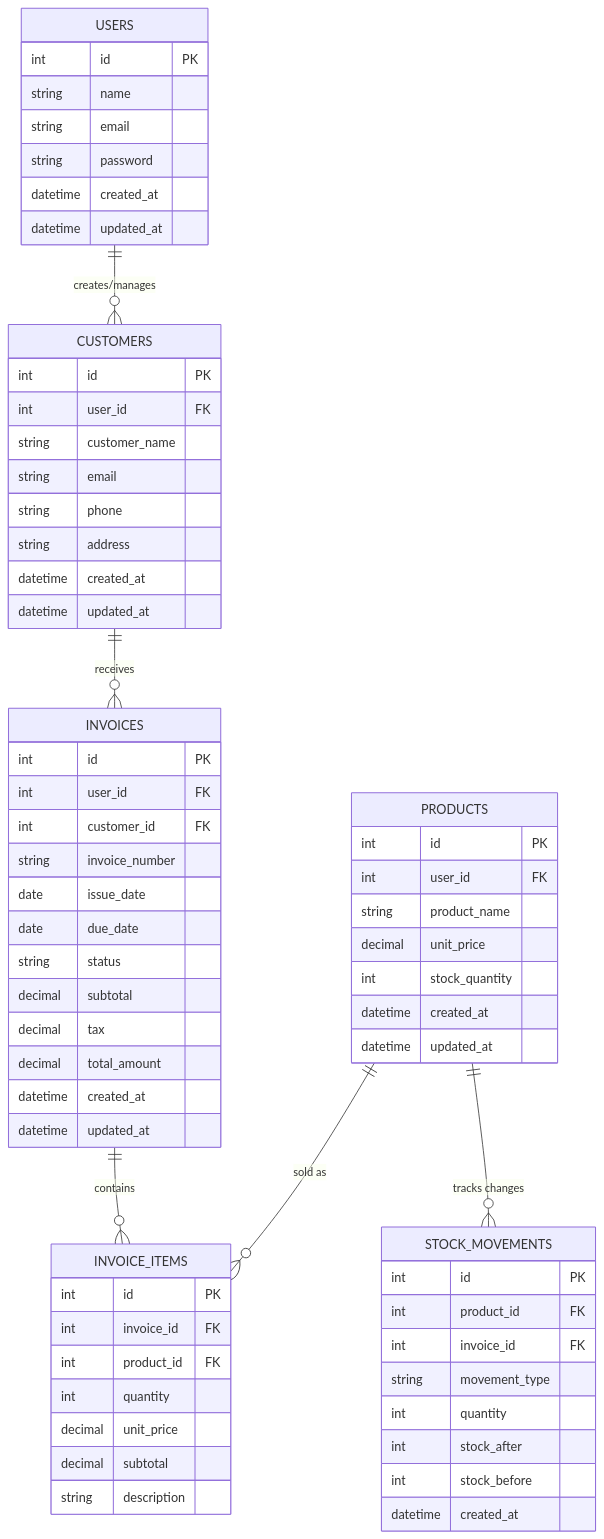
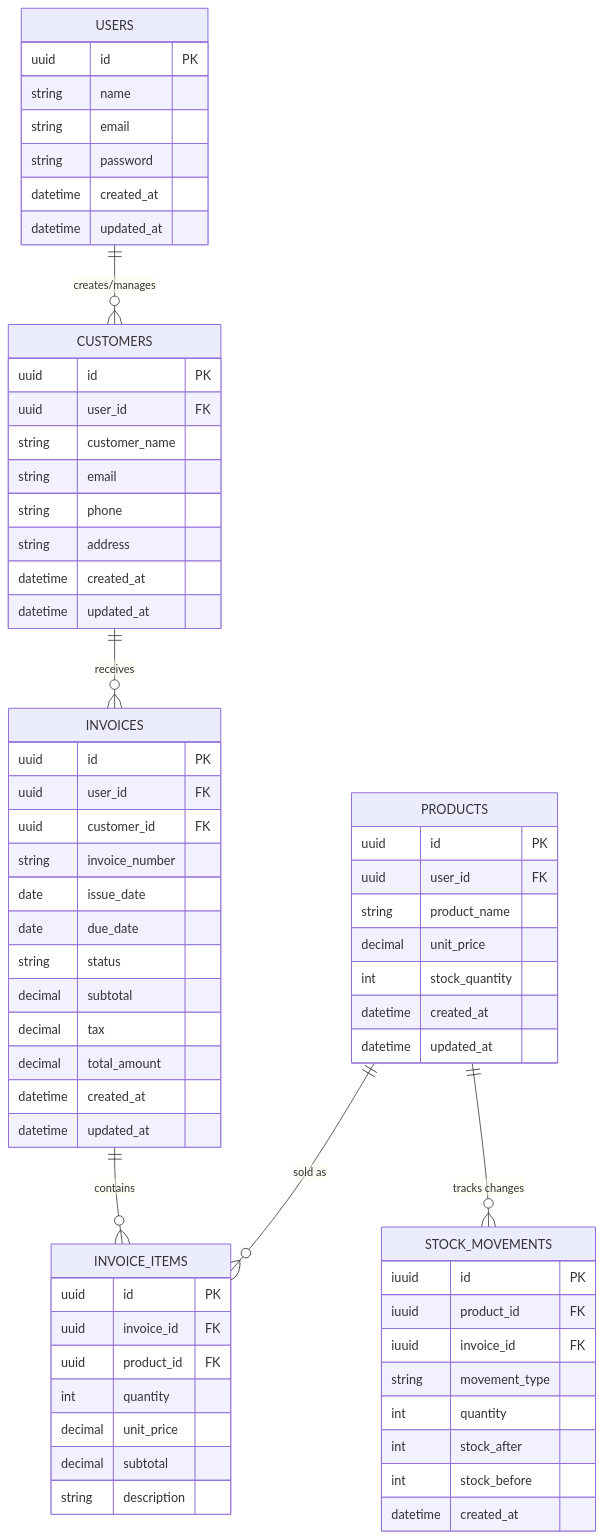
One commit to Elliot-Adinortey/invoicing-rest-api changed the diagram in system-design/3.ERD-DATABASE-DESIGN.MD. Above: the diagram before and after it, drawn with Mermaid.

Commit message:
refactor(database): change primary keys to UUIDs for better scalability
- Updated USERS table primary key from int to uuid
- Modified foreign keys in CUSTOMERS to use uuid instead of int
- Changed PRODUCTS table primary key and foreign keys to uuid
- Updated INVOICES table keys to use uuid for id, user_id, and customer_id
- Modified INVOICE_ITEMS table keys to uuid for id, invoice_id, and product_id
- Changed STOCK_MOVEMENTS table keys to uuid for id, product_id, and invoice_id

````diff
--- a/system-design/3.ERD-DATABASE-DESIGN.MD
+++ b/system-design/3.ERD-DATABASE-DESIGN.MD
@@ -1,74 +1,74 @@
 ```mermaid
 erDiagram
     USERS ||--o{ CUSTOMERS : "creates/manages"
     CUSTOMERS ||--o{ INVOICES : "receives"
     INVOICES ||--o{ INVOICE_ITEMS : "contains"
     PRODUCTS ||--o{ INVOICE_ITEMS : "sold as"
     PRODUCTS ||--o{ STOCK_MOVEMENTS : "tracks changes"
 
     USERS {
-        int id PK
+        uuid id PK
         string name
         string email
         string password
         datetime created_at
         datetime updated_at
     }
 
     CUSTOMERS {
-        int id PK
-        int user_id FK
+        uuid id PK
+        uuid user_id FK
         string customer_name
         string email
         string phone
         string address
         datetime created_at
         datetime updated_at
     }
 
     PRODUCTS {
-        int id PK
-        int user_id FK
+        uuid id PK
+        uuid user_id FK
         string product_name
         decimal unit_price
         int stock_quantity
         datetime created_at
         datetime updated_at
     }
 
     INVOICES {
-        int id PK
-        int user_id FK
-        int customer_id FK
+        uuid id PK
+        uuid user_id FK
+        uuid customer_id FK
         string invoice_number
         date issue_date
         date due_date
         string status
         decimal subtotal
         decimal tax
         decimal total_amount
         datetime created_at
         datetime updated_at
     }
 
     INVOICE_ITEMS {
-        int id PK
-        int invoice_id FK
-        int product_id FK
+        uuid id PK
+        uuid invoice_id FK
+        uuid product_id FK
         int quantity
         decimal unit_price
         decimal subtotal
         string description
     }
 
     STOCK_MOVEMENTS {
-        int id PK
-        int product_id FK
-        int invoice_id FK
+        iuuid id PK
+        iuuid product_id FK
+        iuuid invoice_id FK
         string movement_type
         int quantity
         int stock_after
         int stock_before
         datetime created_at
     }
 ```
````
